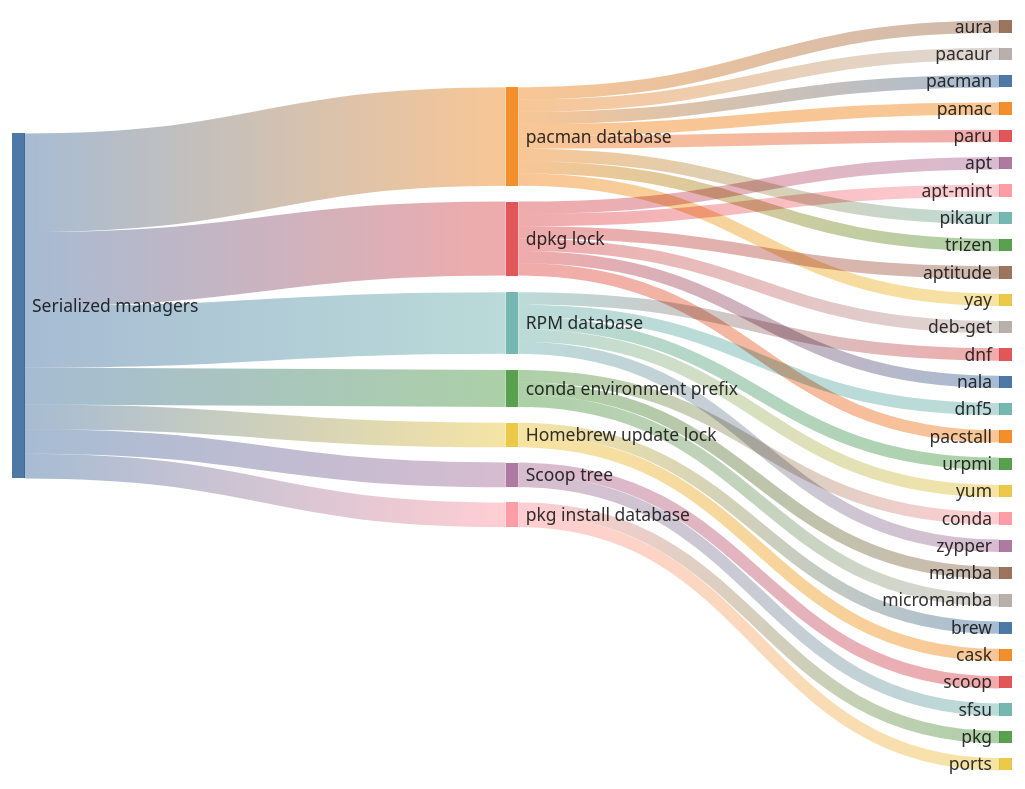
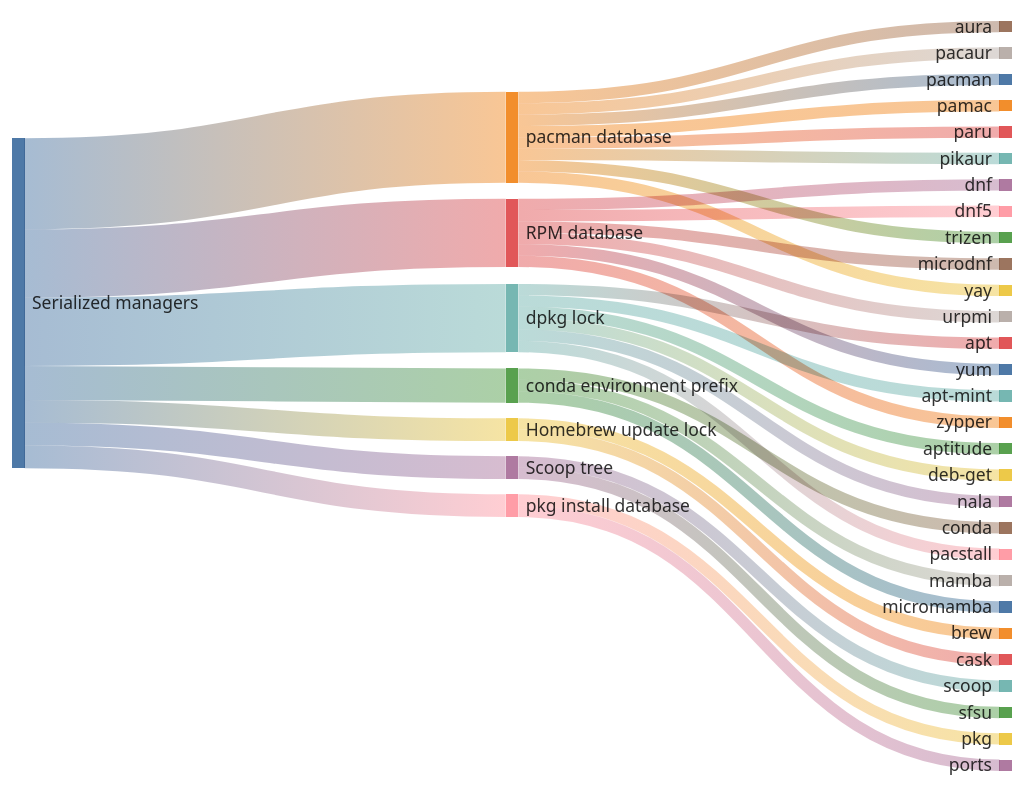
The diagram in docs/concurrency.md (kdeldycke/meta-package-manager), drawn with Mermaid before and after one commit. The commit also changed other lines of this file and 19 other files, not shown here.

````diff
--- a/docs/concurrency.md
+++ b/docs/concurrency.md
@@ -70,42 +70,43 @@
 ```mermaid
 ---
 config: {"sankey": {"showValues": false, "width": 800, "height": 600}}
 ---
 sankey-beta
 
 Serialized managers,pacman database,8
+Serialized managers,RPM database,6
 Serialized managers,dpkg lock,6
-Serialized managers,RPM database,5
 Serialized managers,conda environment prefix,3
 Serialized managers,Homebrew update lock,2
 Serialized managers,Scoop tree,2
 Serialized managers,pkg install database,2
 pacman database,aura,1
 pacman database,pacaur,1
 pacman database,pacman,1
 pacman database,pamac,1
 pacman database,paru,1
 pacman database,pikaur,1
 pacman database,trizen,1
 pacman database,yay,1
+RPM database,dnf,1
+RPM database,dnf5,1
+RPM database,microdnf,1
+RPM database,urpmi,1
+RPM database,yum,1
+RPM database,zypper,1
 dpkg lock,apt,1
 dpkg lock,apt-mint,1
 dpkg lock,aptitude,1
 dpkg lock,deb-get,1
 dpkg lock,nala,1
 dpkg lock,pacstall,1
-RPM database,dnf,1
-RPM database,dnf5,1
-RPM database,urpmi,1
-RPM database,yum,1
-RPM database,zypper,1
 conda environment prefix,conda,1
 conda environment prefix,mamba,1
 conda environment prefix,micromamba,1
 Homebrew update lock,brew,1
 Homebrew update lock,cask,1
 Scoop tree,scoop,1
 Scoop tree,sfsu,1
 pkg install database,pkg,1
 pkg install database,ports,1
 ```
````
